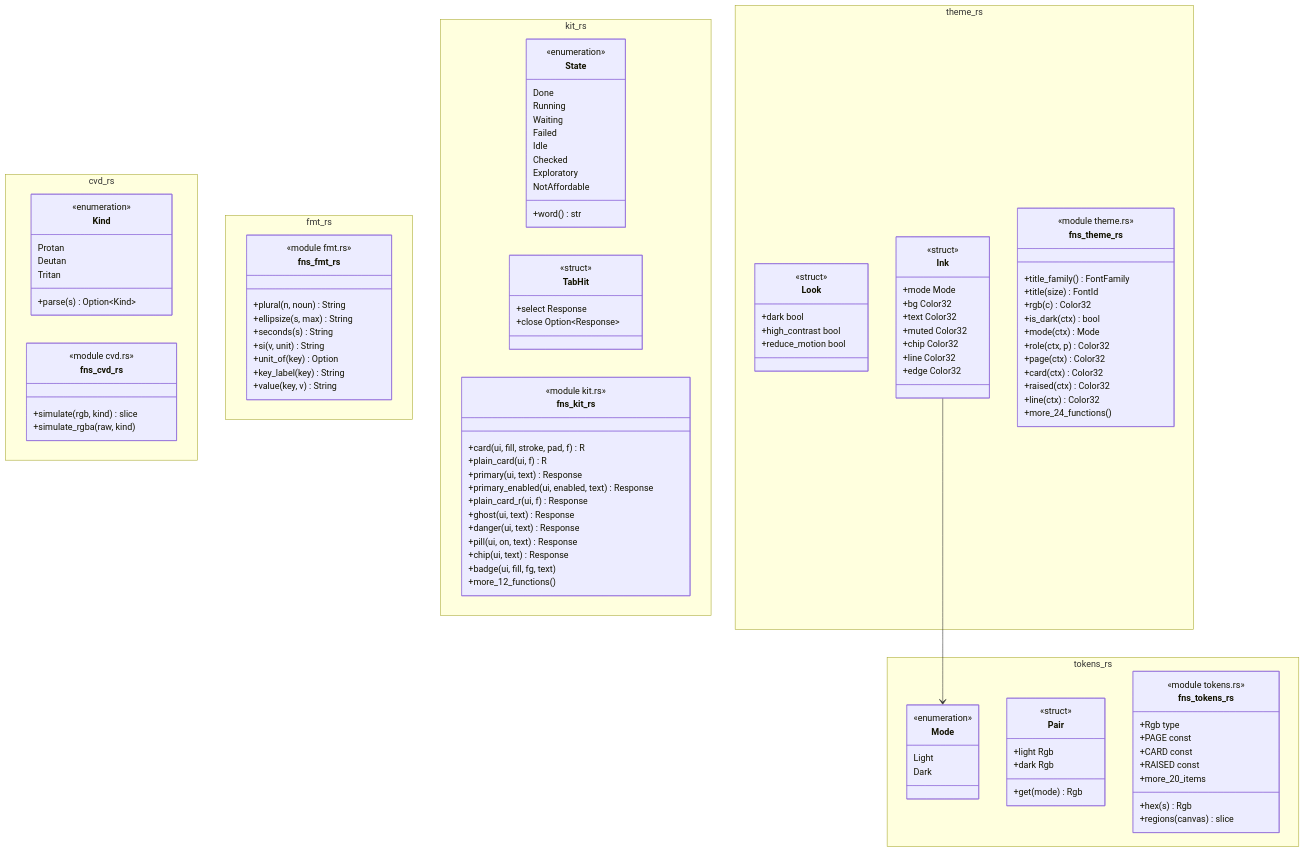
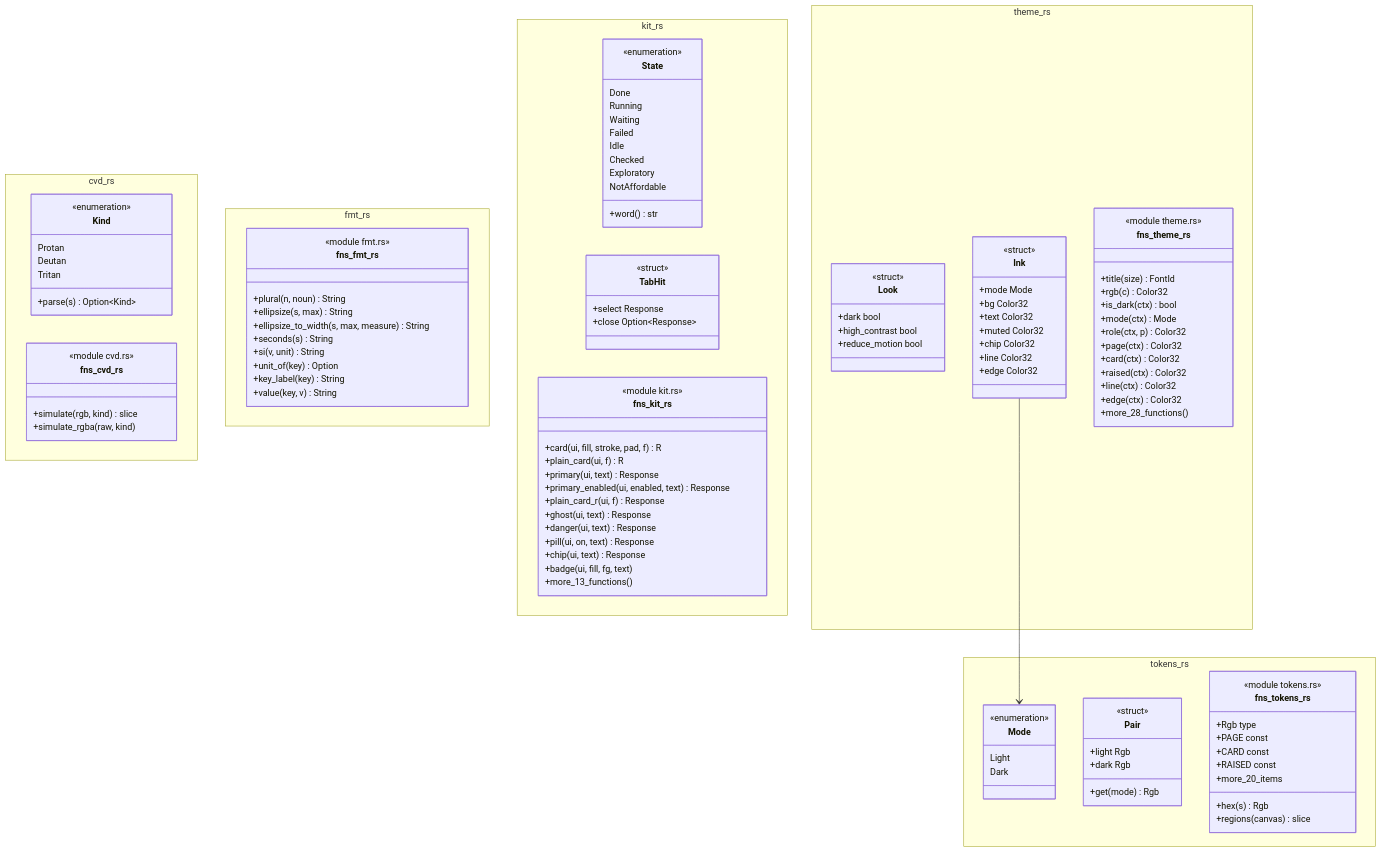
One commit to p-j-r/nyx changed the diagram in docs/architecture/c4/4-code/app/style.md. Above: the diagram before and after it, drawn with Mermaid. The commit also changed other lines of this file and 110 other files, not shown here.

```diff
--- a/docs/architecture/c4/4-code/app/style.md
+++ b/docs/architecture/c4/4-code/app/style.md
@@ -56,6 +56,7 @@
         <<module fmt.rs>>
         +plural(n, noun) String
         +ellipsize(s, max) String
+        +ellipsize_to_width(s, max, measure) String
         +seconds(s) String
         +si(v, unit) String
         +unit_of(key) Option
@@ -93,7 +94,7 @@
         +pill(ui, on, text) Response
         +chip(ui, text) Response
         +badge(ui, fill, fg, text)
-        +more_12_functions()
+        +more_13_functions()
     }
   }
   namespace theme_rs {
@@ -115,7 +116,6 @@
     }
     class fns_theme_rs {
         <<module theme.rs>>
-        +title_family() FontFamily
         +title(size) FontId
         +rgb(c) Color32
         +is_dark(ctx) bool
@@ -125,7 +125,8 @@
         +card(ctx) Color32
         +raised(ctx) Color32
         +line(ctx) Color32
-        +more_24_functions()
+        +edge(ctx) Color32
+        +more_28_functions()
     }
   }
   namespace tokens_rs {
```
